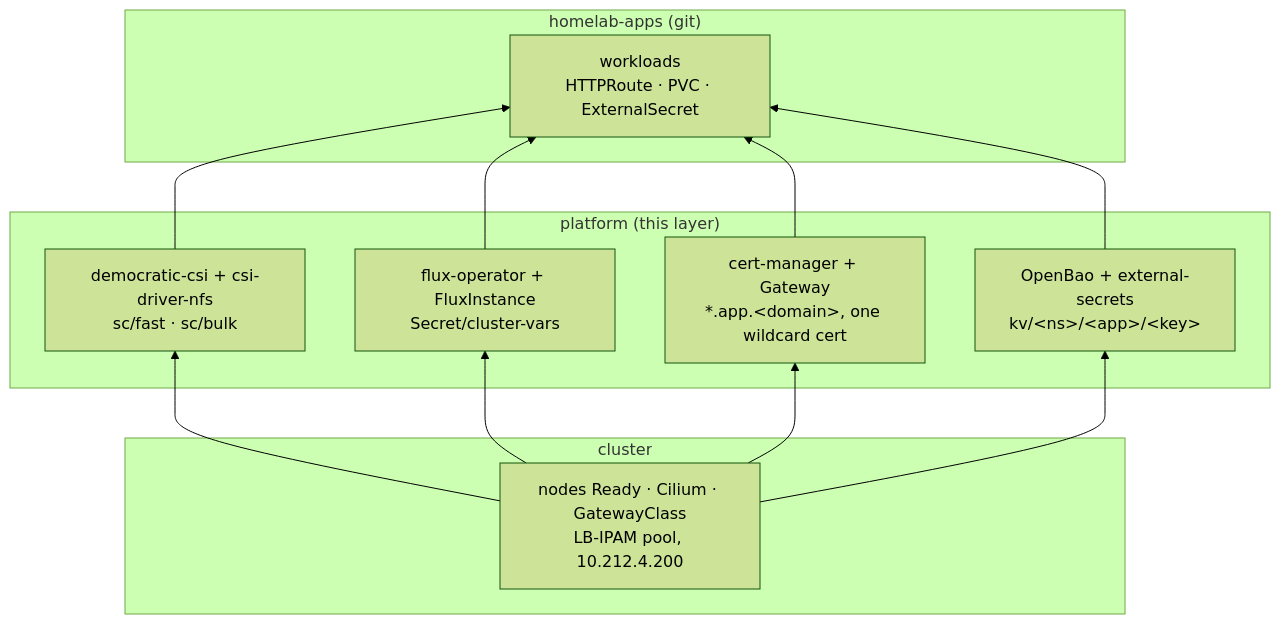
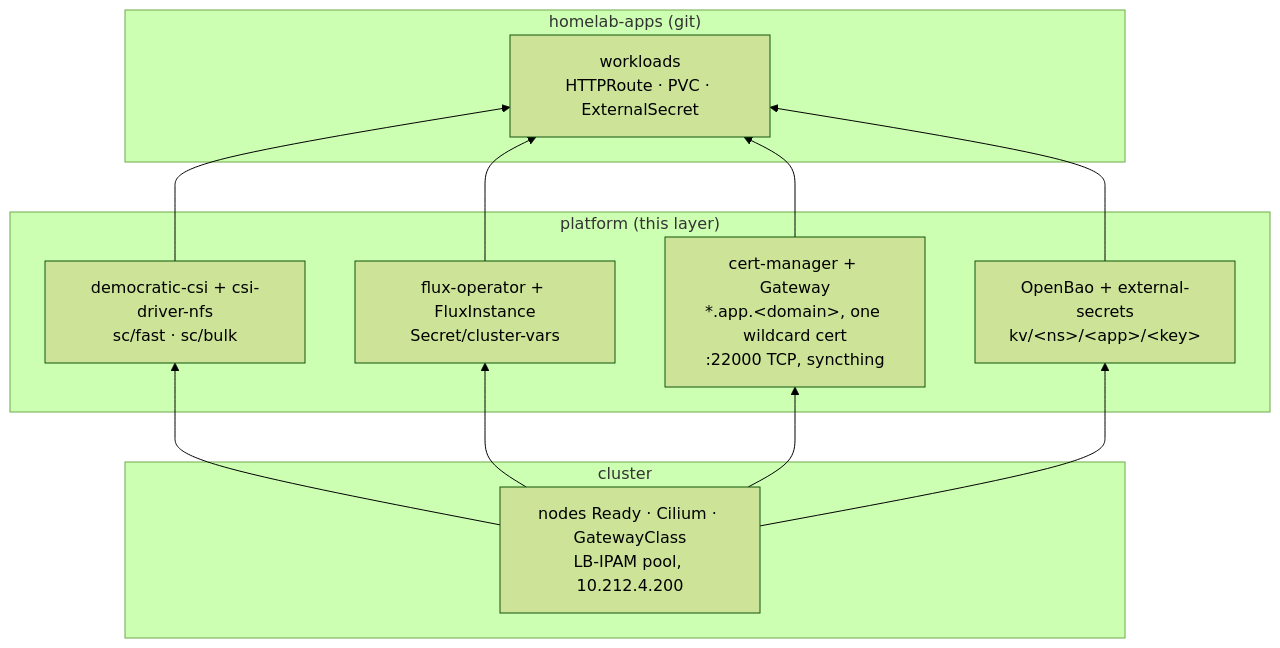
The diagram in platform/README.md (Sojamann/homelab), drawn with Mermaid (forest theme) before and after one commit. The commit also changed other lines of this file and 3 other files, not shown here.

````diff
--- a/platform/README.md
+++ b/platform/README.md
@@ -12,20 +12,20 @@
 ```mermaid
 flowchart BT
   subgraph apps["homelab-apps (git)"]
     workloads["workloads<br/>HTTPRoute · PVC · ExternalSecret"]
   end
 
   subgraph platform["platform (this layer)"]
     storage["democratic-csi + csi-driver-nfs<br/>sc/fast · sc/bulk"]
     gitops["flux-operator + FluxInstance<br/>Secret/cluster-vars"]
-    door["cert-manager + Gateway<br/>*.app.&lt;domain&gt;, one wildcard cert"]
+    door["cert-manager + Gateway<br/>*.app.&lt;domain&gt;, one wildcard cert<br/>:22000 TCP, syncthing"]
     secrets["OpenBao + external-secrets<br/>kv/&lt;ns&gt;/&lt;app&gt;/&lt;key&gt;"]
   end
 
   subgraph cluster["cluster"]
     base["nodes Ready · Cilium · GatewayClass<br/>LB-IPAM pool, 10.212.4.200"]
   end
 
   base --> storage & gitops & door & secrets
   storage & gitops & door & secrets --> workloads
 ```
````
